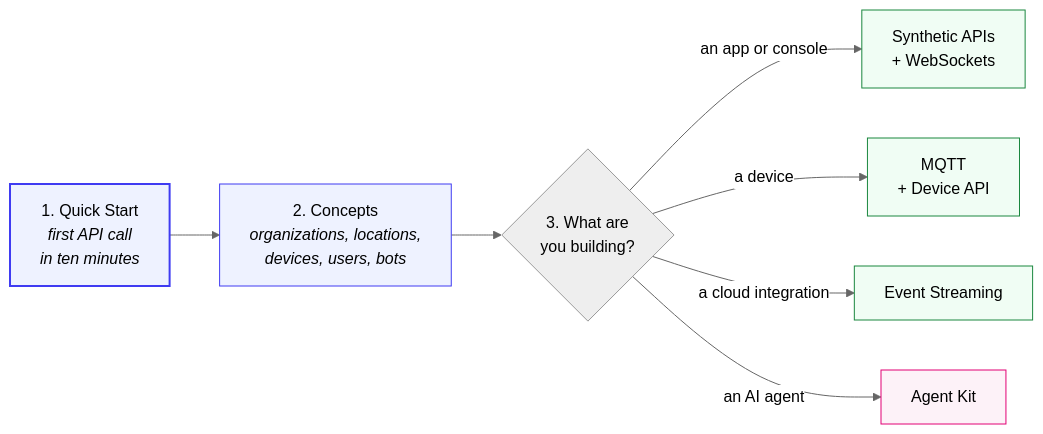
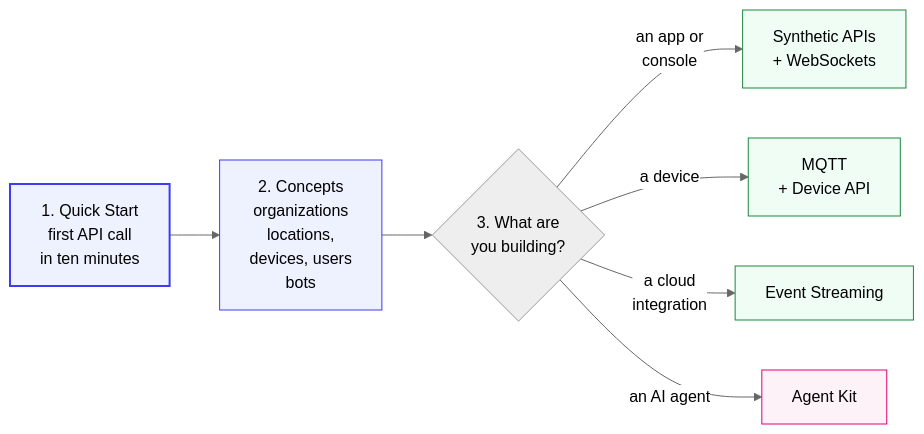
One commit to CareDailyAI/docs changed the diagram in getting_started/README.md. Above: the diagram before and after it, drawn with Mermaid (neutral theme). The commit also changed 30 other files, not shown here.

First line of the commit message:
Diagrams: wrap every flowchart label to short rows so Chrome stops clipping them

````diff
--- a/getting_started/README.md
+++ b/getting_started/README.md
@@ -6,16 +6,16 @@
 ```mermaid
 flowchart LR
-    A["1. Quick Start<br/><i>first API call<br/>in ten minutes</i>"] --> B["2. Concepts<br/><i>organizations, locations,<br/>devices, users, bots</i>"]
+    A["1. Quick Start<br/>first API call<br/>in ten minutes"] --> B["2. Concepts<br/>organizations<br/>locations,<br/>devices, users<br/>bots"]
     B --> C{"3. What are<br/>you building?"}
-    C -->|"an app or console"| D["Synthetic APIs<br/>+ WebSockets"]
+    C -->|"an app or<br/>console"| D["Synthetic APIs<br/>+ WebSockets"]
     C -->|"a device"| E["MQTT<br/>+ Device API"]
-    C -->|"a cloud integration"| F["Event Streaming"]
+    C -->|"a cloud<br/>integration"| F["Event Streaming"]
     C -->|"an AI agent"| G["Agent Kit"]
 
     style A fill:#eef2ff,stroke:#3f3bf2,stroke-width:2px
     style B fill:#eef2ff,stroke:#3f3bf2
     style D fill:#f0fdf4,stroke:#1b873f
     style E fill:#f0fdf4,stroke:#1b873f
     style F fill:#f0fdf4,stroke:#1b873f
     style G fill:#fdf2f8,stroke:#e20074
 ```
````
